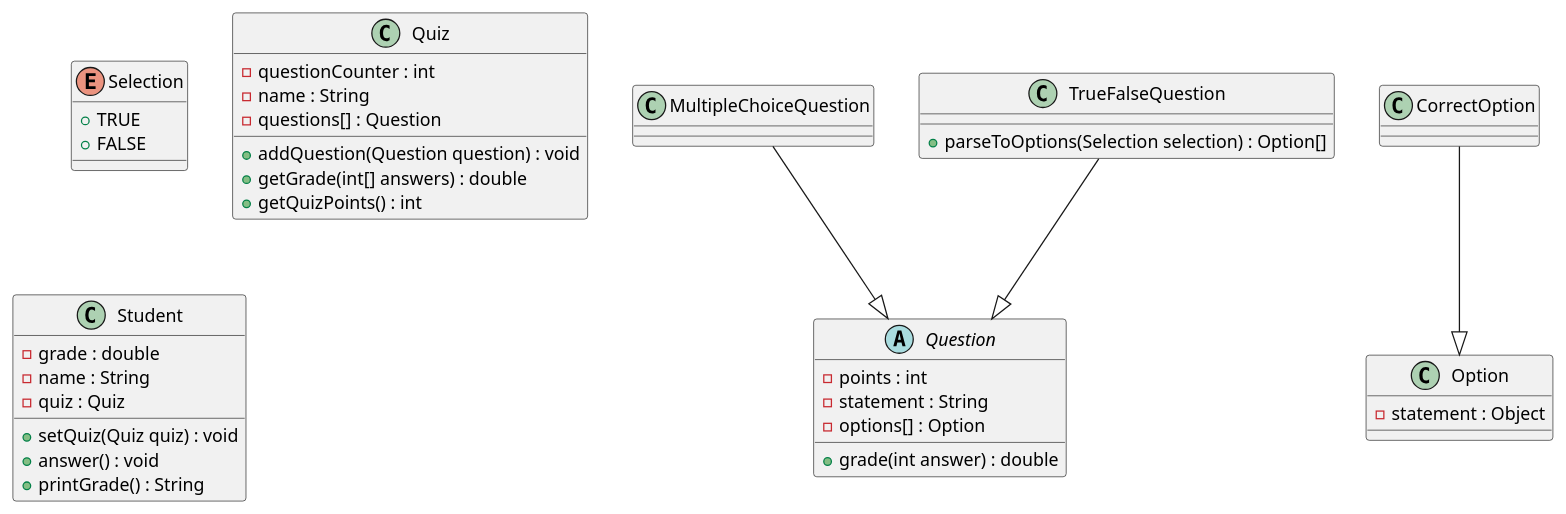
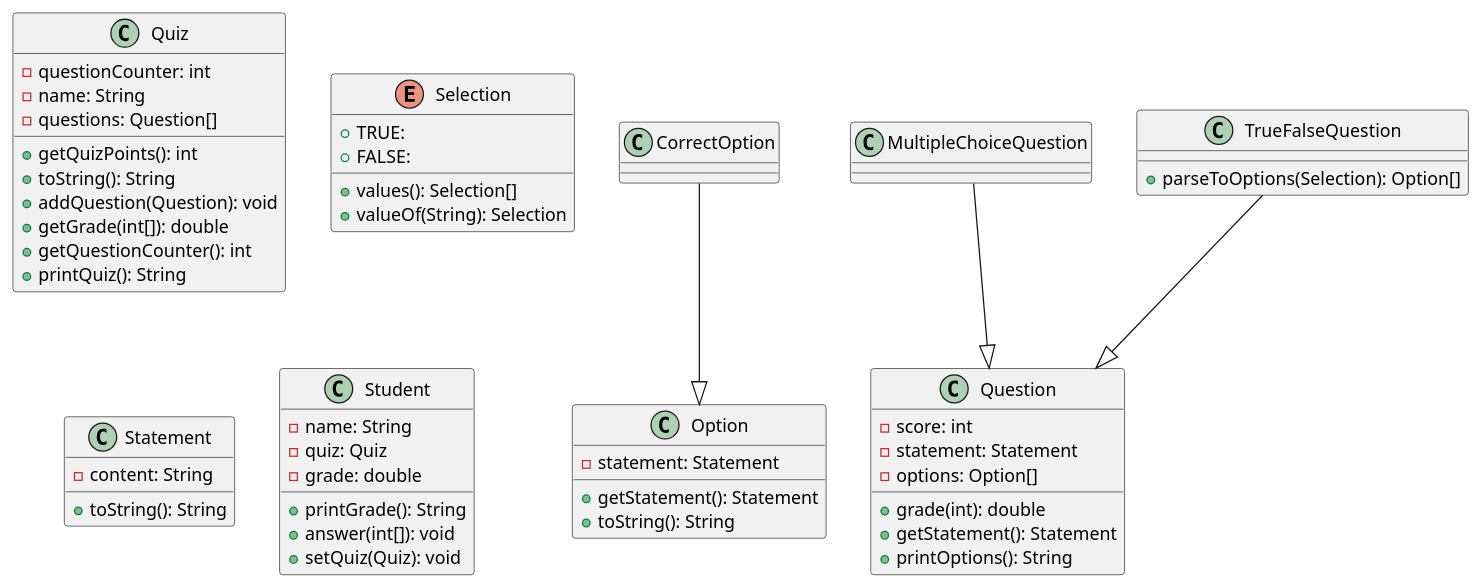
One commit to wesdell/quizz_design changed the diagram in src/Quiz.puml. Above: the diagram before and after it, drawn with PlantUML.

Commit message:
Redesign to work properly with Statement class

```diff
--- a/src/Quiz.puml
+++ b/src/Quiz.puml
@@ -1,48 +1,62 @@
 @startuml
-enum Selection {
-+ TRUE
-+ FALSE
+class CorrectOption
+
+class MultipleChoiceQuestion
+
+class Option {
+  - statement: Statement
+  + getStatement(): Statement
+  + toString(): String
+}
+
+class Question {
+  - score: int
+  - statement: Statement
+  - options: Option[]
+  + grade(int): double
+  + getStatement(): Statement
+  + printOptions(): String
 }
 
 class Quiz {
-- questionCounter : int
-- name : String
--questions[] : Question
-+ addQuestion(Question question) : void
-+ getGrade(int[] answers) : double
-+ getQuizPoints() : int
+  - questionCounter: int
+  - name: String
+  - questions: Question[]
+  + getQuizPoints(): int
+  + toString(): String
+  + addQuestion(Question): void
+  + getGrade(int[]): double
+  + getQuestionCounter(): int
+  + printQuiz(): String
+}
+
+enum Selection {
+  + TRUE:
+  + FALSE:
+  + values(): Selection[]
+  + valueOf(String): Selection
+}
+
+class Statement {
+  - content: String
+  + toString(): String
 }
 
 class Student {
-- grade : double
-- name : String
-- quiz : Quiz
-+ setQuiz(Quiz quiz) : void
-+ answer() : void
-+ printGrade() : String
+  - name: String
+  - quiz: Quiz
+  - grade: double
+  + printGrade(): String
+  + answer(int[]): void
+  + setQuiz(Quiz): void
 }
 
-abstract class Question {
-- points : int
-- statement : String
-- options[] : Option
-+ grade(int answer) : double
+class TrueFalseQuestion {
+  + parseToOptions(Selection): Option[]
 }
 
-class MultipleChoiceQuestion
+CorrectOption           --|>  Option
 
-class TrueFalseQuestion {
-+ parseToOptions(Selection selection) : Option[]
-}
-
-class Option {
-- statement : Object
-}
-
-class CorrectOption
-
-MultipleChoiceQuestion --|> Question
-TrueFalseQuestion --|> Question
-
-CorrectOption --|> Option
+MultipleChoiceQuestion  --|>  Question
+TrueFalseQuestion       --|>  Question
 @enduml
```
